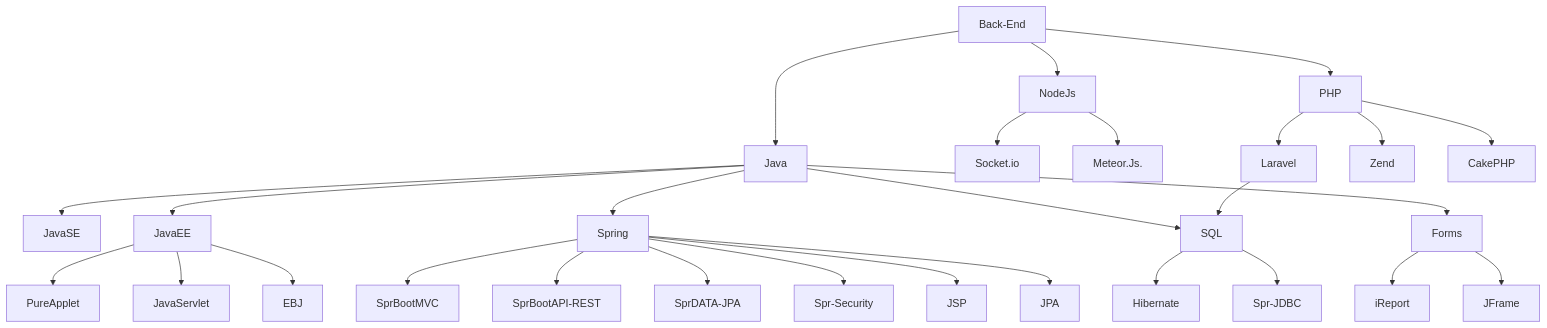
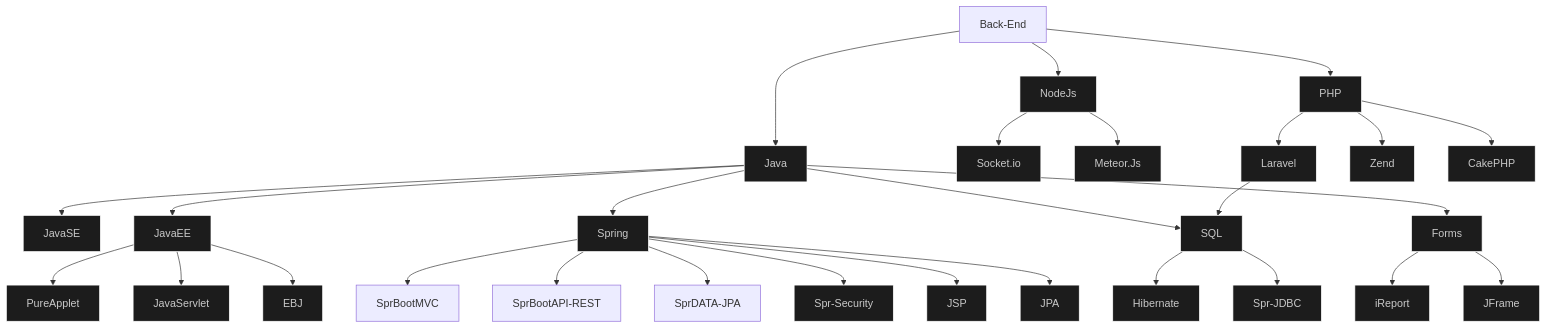
Before and after one commit to LinderCa/LinderCa: the second of 2 diagrams in README.md, drawn with Mermaid. The commit also changed other lines of this file, not shown here.

````diff
--- a/README.md
+++ b/README.md
@@ -54,30 +108,32 @@
 ```mermaid
 graph TD;
     Back-End-->Java;
     Back-End-->NodeJs;
     NodeJs-->Socket.io;
-    NodeJs-->Meteor.Js.
+    NodeJs-->Meteor.Js;
     Back-End-->PHP;
     PHP-->Laravel;
     PHP-->Zend;
     PHP-->CakePHP;
     Java-->JavaSE;
     Java-->JavaEE;
     JavaEE-->PureApplet;
     JavaEE-->JavaServlet;
     JavaEE-->EBJ;
     Java-->Spring;
     Java-->SQL;
     Laravel-->SQL;
     Spring-->SprBootMVC;
     Spring-->SprBootAPI-REST;
     Spring-->SprDATA-JPA;
     SQL-->Hibernate;
     SQL-->Spr-JDBC;
     Spring-->Spr-Security;
     Spring-->JSP;
     Spring-->JPA;
     Java-->Forms;
-    Forms-->iReport
+    Forms-->iReport;
     Forms-->JFrame;
+    classDef backEnd fill:#1c1c1c,stroke:#ffffff,color:#c9c9c9;
+    class Java,NodeJs,Socket.io,Meteor.Js,PHP,Laravel,Zend,CakePHP,JavaSE,JavaEE,PureApplet,JavaServlet,EBJ,Spring,SQL,Hibernate,Spr-JDBC,Spr-Security,JSP,JPA,Forms,iReport,JFrame backEnd;
 ```
````
